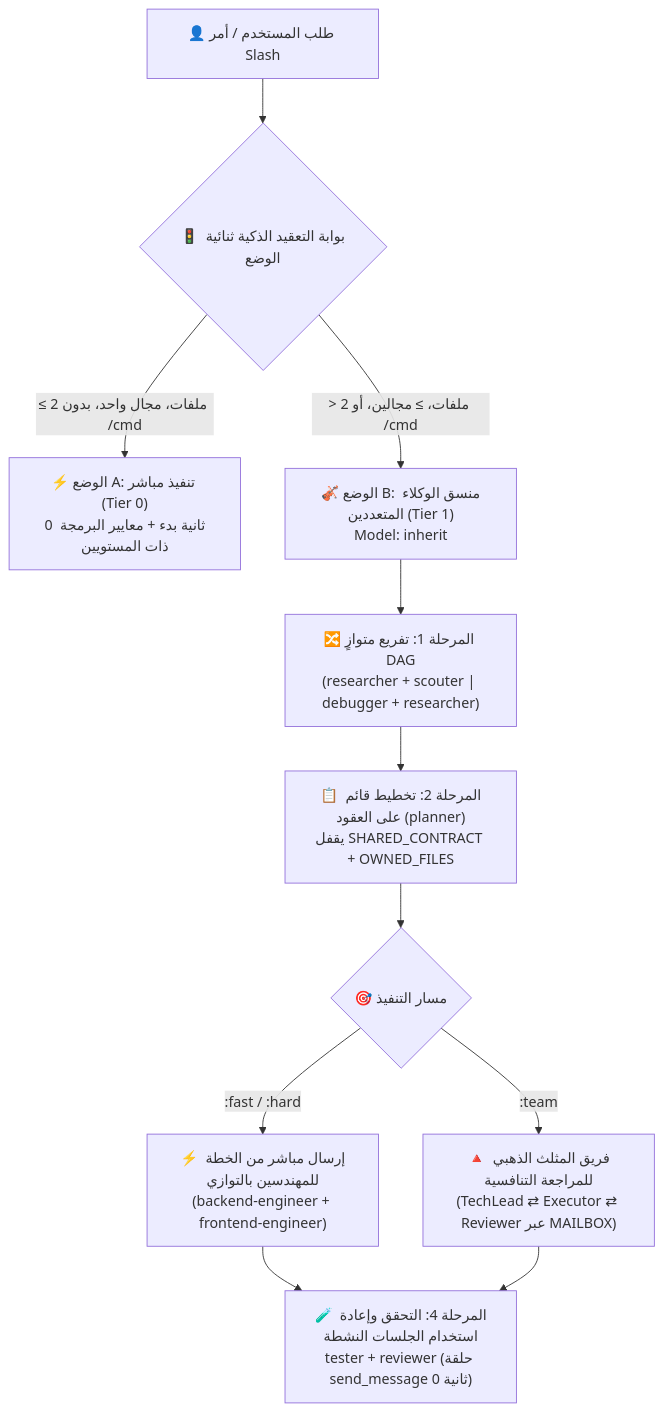
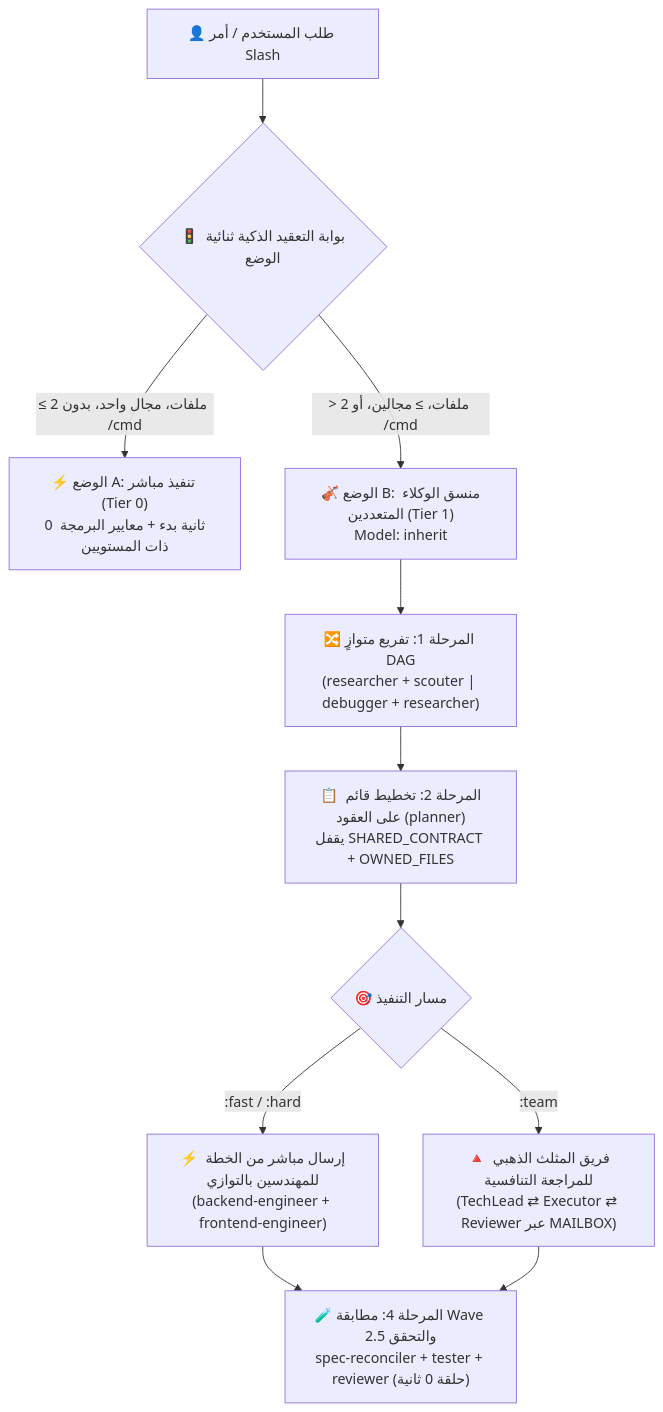
Before and after one commit to Kennyboom/BoomOpen-Workflow-Kit-Pro: the diagram in i18n/README.ar.md, drawn with Mermaid. The commit also changed other lines of this file and 17 other files, not shown here.

````diff
--- a/i18n/README.ar.md
+++ b/i18n/README.ar.md
@@ -49,16 +49,16 @@
 ```mermaid
 flowchart TD
     User["👤 طلب المستخدم / أمر Slash"] --> Gate{"🚦 بوابة التعقيد الذكية ثنائية الوضع"}
     Gate -->|"≤ 2 ملفات، مجال واحد، بدون /cmd"| ModeA["⚡ الوضع A: تنفيذ مباشر (Tier 0)<br/>0 ثانية بدء + معايير البرمجة ذات المستويين"]
     Gate -->|"> 2 ملفات، ≥ مجالين، أو /cmd"| ModeB["🎻 الوضع B: منسق الوكلاء المتعددين (Tier 1)<br/>Model: inherit"]
 
     ModeB --> FanOut["🔀 المرحلة 1: تفريع متوازٍ DAG<br/>(researcher + scouter | debugger + researcher)"]
     FanOut --> Plan["📋 المرحلة 2: تخطيط قائم على العقود (planner)<br/>يقفل SHARED_CONTRACT + OWNED_FILES"]
     Plan --> Dispatch{"🎯 مسار التنفيذ"}
 
     Dispatch -->|":fast / :hard"| Direct["⚡ إرسال مباشر من الخطة للمهندسين بالتوازي<br/>(backend-engineer + frontend-engineer)"]
     Dispatch -->|":team"| Triangle["🔺 فريق المثلث الذهبي للمراجعة التنافسية<br/>(TechLead ⇄ Executor ⇄ Reviewer عبر MAILBOX)"]
 
-    Direct --> Verify["🧪 المرحلة 4: التحقق وإعادة استخدام الجلسات النشطة<br/>tester + reviewer (حلقة send_message 0 ثانية)"]
+    Direct --> Verify["🧪 المرحلة 4: مطابقة Wave 2.5 والتحقق<br/>spec-reconciler + tester + reviewer (حلقة 0 ثانية)"]
     Triangle --> Verify
 ```
````
